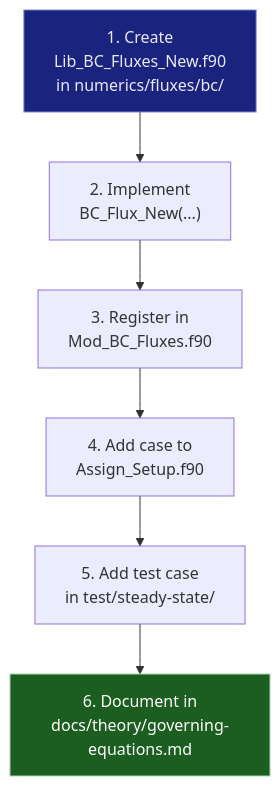
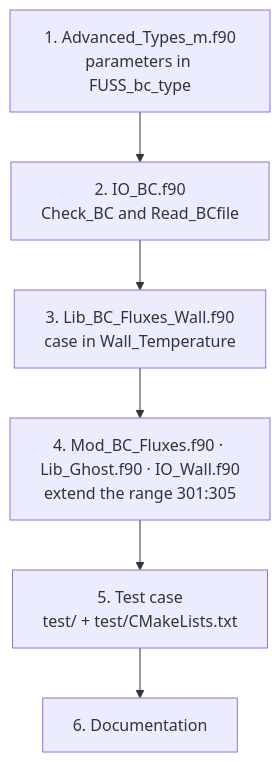
Before and after one commit to open-hydra/FUSS: the diagram in docs/development/contributing.md, drawn with Mermaid. The commit also changed other lines of this file and 40 other files, not shown here.

````diff
--- a/docs/development/contributing.md
+++ b/docs/development/contributing.md
@@ -99,11 +58,8 @@
 ```mermaid
 flowchart TD
-    A["1. Create<br/>Lib_BC_Fluxes_New.f90<br/>in numerics/fluxes/bc/"] --> B["2. Implement<br/>BC_Flux_New(...)"]
-    B --> C["3. Register in<br/>Mod_BC_Fluxes.f90"]
-    C --> D["4. Add case to<br/>Assign_Setup.f90"]
-    D --> E["5. Add test case<br/>in test/steady-state/"]
-    E --> F["6. Document in<br/>docs/theory/governing-equations.md"]
-
-    style A fill:#1a237e,stroke:#7986cb,color:#e8eaf6
-    style F fill:#1b5e20,stroke:#a5d6a7,color:#fff
+    A["1. Advanced_Types_m.f90<br/>parameters in FUSS_bc_type"] --> B["2. IO_BC.f90<br/>Check_BC and Read_BCfile"]
+    B --> C["3. Lib_BC_Fluxes_Wall.f90<br/>case in Wall_Temperature"]
+    C --> D["4. Mod_BC_Fluxes.f90 · Lib_Ghost.f90 · IO_Wall.f90<br/>extend the range 301:305"]
+    D --> E["5. Test case<br/>test/ + test/CMakeLists.txt"]
+    E --> F["6. Documentation"]
 ```
````
